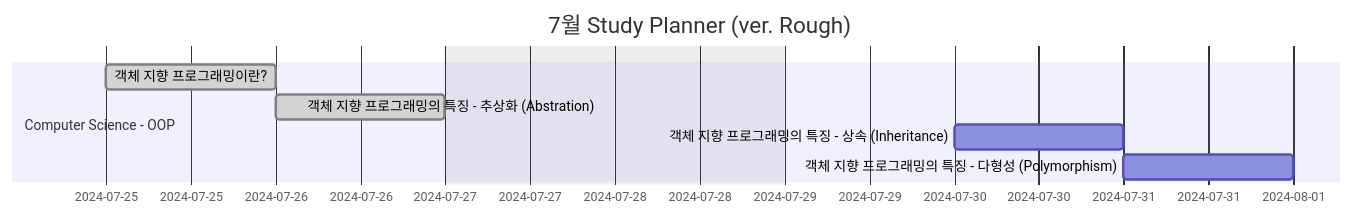
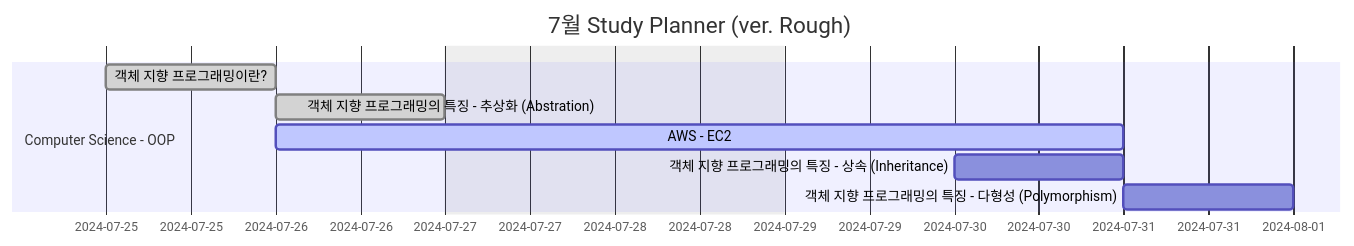
One commit to HyungJinHan/HyungJinHan.github.io changed the first of 2 diagrams in _posts/other/2024-07-24-plan.md. Above: the diagram before and after it, drawn with Mermaid. The commit also changed other lines of this file and 16 other files, not shown here.

````diff
--- a/_posts/other/2024-07-24-plan.md
+++ b/_posts/other/2024-07-24-plan.md
@@ -20,11 +20,12 @@
 ```mermaid
 gantt
 title  7월 Study Planner (ver. Rough)
 excludes weekends
 
 section Computer Science - OOP
   객체 지향 프로그래밍이란? :done, 2024-07-25, 1d
   객체 지향 프로그래밍의 특징 - 추상화 (Abstration) :done, 2024-07-26, 1d
+  AWS - EC2 :active, 2024-07-26, 3d
   객체 지향 프로그래밍의 특징 - 상속 (Inheritance) :c, 2024-07-30, 1d
   객체 지향 프로그래밍의 특징 - 다형성 (Polymorphism) :d, 2024-07-31, 1d
 ```
````
